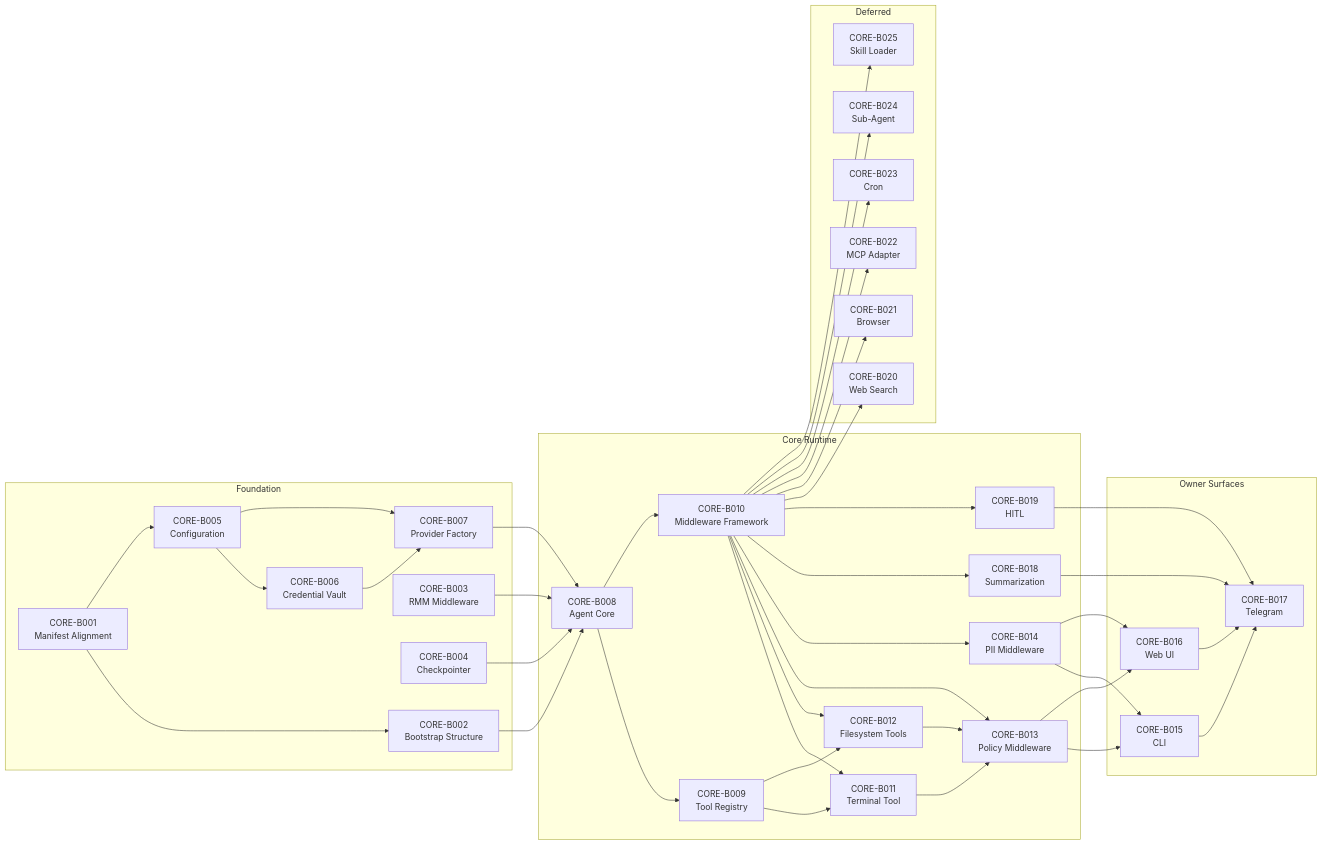
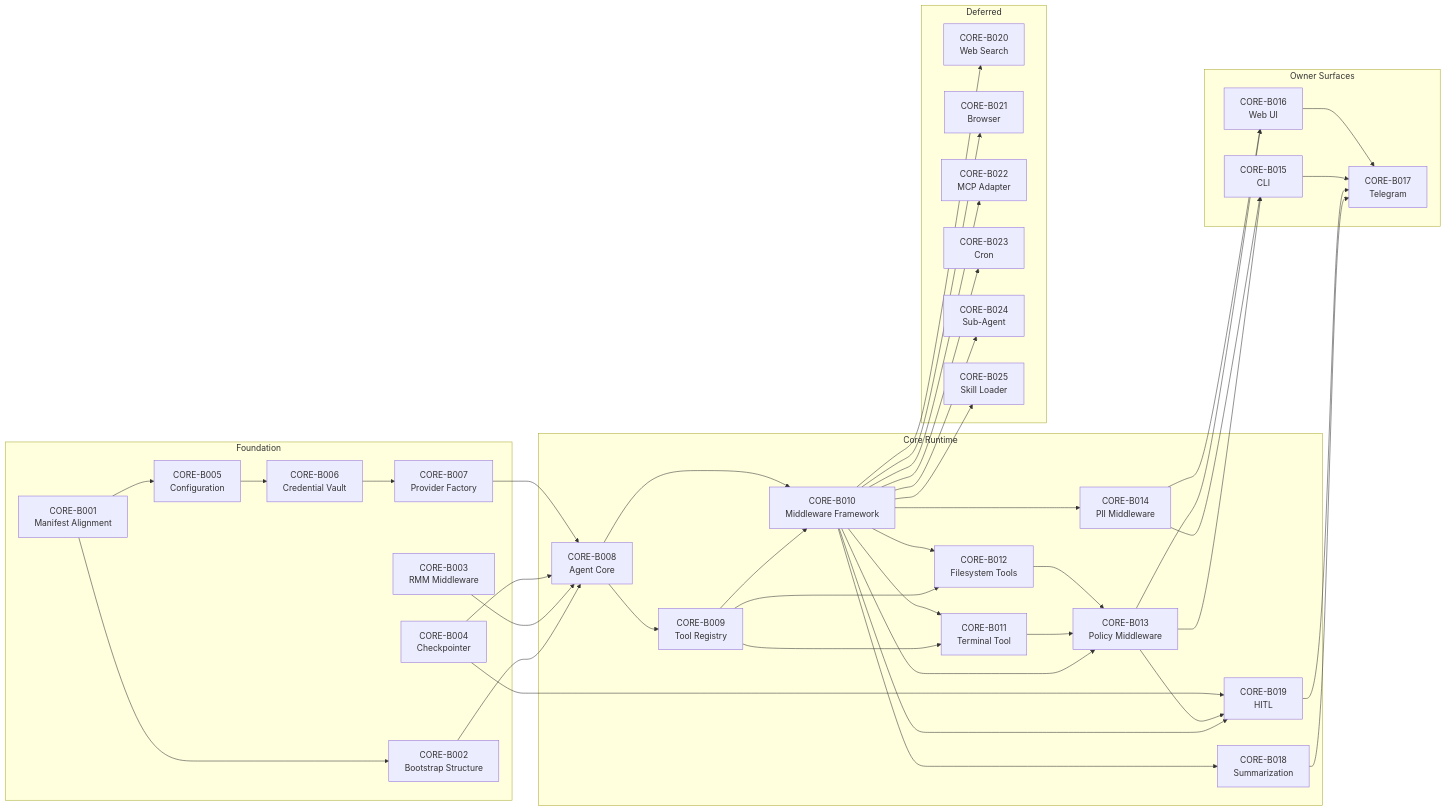
One commit to openkraken-ai/openkraken changed the diagram in docs/Tasks.md. Above: the diagram before and after it, drawn with Mermaid. The commit also changed other lines of this file and 2 other files, not shown here.

Commit message:
docs: fix review follow-up gaps

````diff
--- a/docs/Tasks.md
+++ b/docs/Tasks.md
@@ -55,75 +56,77 @@
 ```mermaid
 flowchart LR
     subgraph FOUNDATION["Foundation"]
         B001["CORE-B001<br/>Manifest Alignment"]
         B002["CORE-B002<br/>Bootstrap Structure"]
         B003["CORE-B003<br/>RMM Middleware"]
         B004["CORE-B004<br/>Checkpointer"]
         B005["CORE-B005<br/>Configuration"]
         B006["CORE-B006<br/>Credential Vault"]
         B007["CORE-B007<br/>Provider Factory"]
     end
 
     subgraph CORE["Core Runtime"]
         B008["CORE-B008<br/>Agent Core"]
         B009["CORE-B009<br/>Tool Registry"]
         B010["CORE-B010<br/>Middleware Framework"]
         B011["CORE-B011<br/>Terminal Tool"]
         B012["CORE-B012<br/>Filesystem Tools"]
         B013["CORE-B013<br/>Policy Middleware"]
         B014["CORE-B014<br/>PII Middleware"]
         B018["CORE-B018<br/>Summarization"]
         B019["CORE-B019<br/>HITL"]
     end
 
     subgraph SURFACES["Owner Surfaces"]
         B015["CORE-B015<br/>CLI"]
         B016["CORE-B016<br/>Web UI"]
         B017["CORE-B017<br/>Telegram"]
     end
 
     subgraph DEFERRED["Deferred"]
         B020["CORE-B020<br/>Web Search"]
         B021["CORE-B021<br/>Browser"]
         B022["CORE-B022<br/>MCP Adapter"]
         B023["CORE-B023<br/>Cron"]
         B024["CORE-B024<br/>Sub-Agent"]
         B025["CORE-B025<br/>Skill Loader"]
     end
 
     B001 --> B002
     B001 --> B005
     B002 --> B008
     B003 --> B008
     B004 --> B008
     B005 --> B006
-    B005 --> B007
     B006 --> B007
     B007 --> B008
     B008 --> B009
+    B009 --> B010
     B008 --> B010
     B009 --> B011
     B009 --> B012
     B010 --> B011
     B010 --> B012
     B010 --> B013
     B010 --> B014
     B010 --> B018
     B010 --> B019
     B011 --> B013
     B012 --> B013
+    B013 --> B019
+    B004 --> B019
     B013 --> B015
     B013 --> B016
     B014 --> B015
     B014 --> B016
     B018 --> B017
     B019 --> B017
     B015 --> B017
     B016 --> B017
     B010 --> B020
     B010 --> B021
     B010 --> B022
     B010 --> B023
     B010 --> B024
     B010 --> B025
 ```
````
